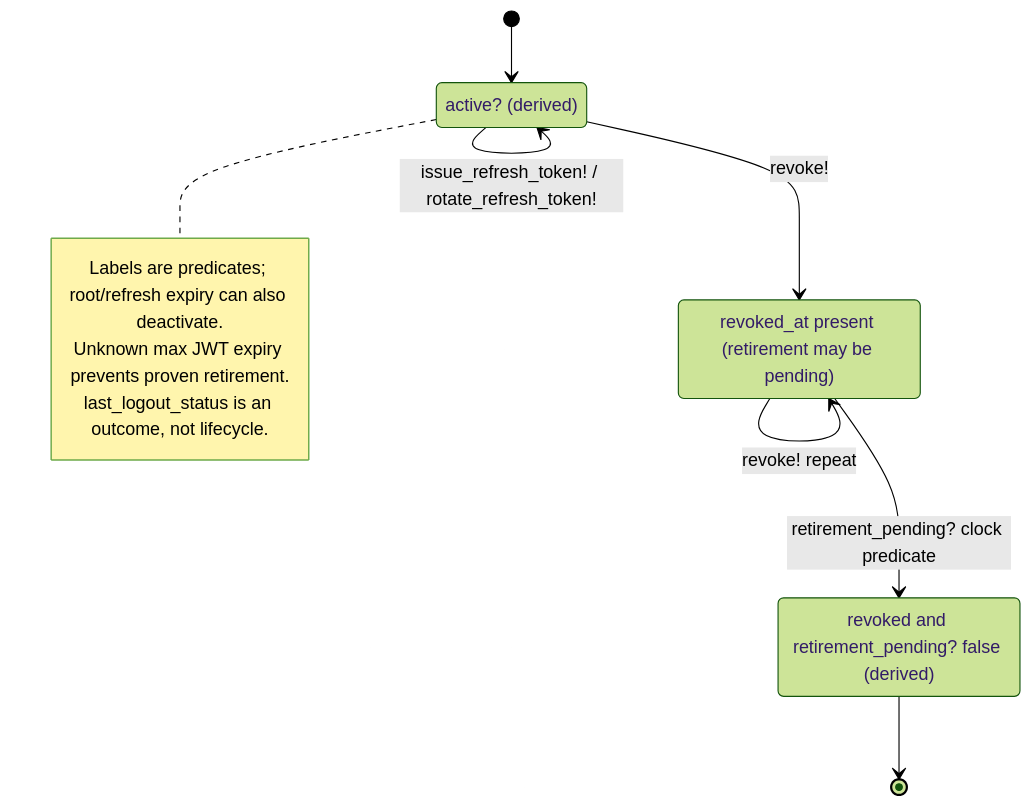
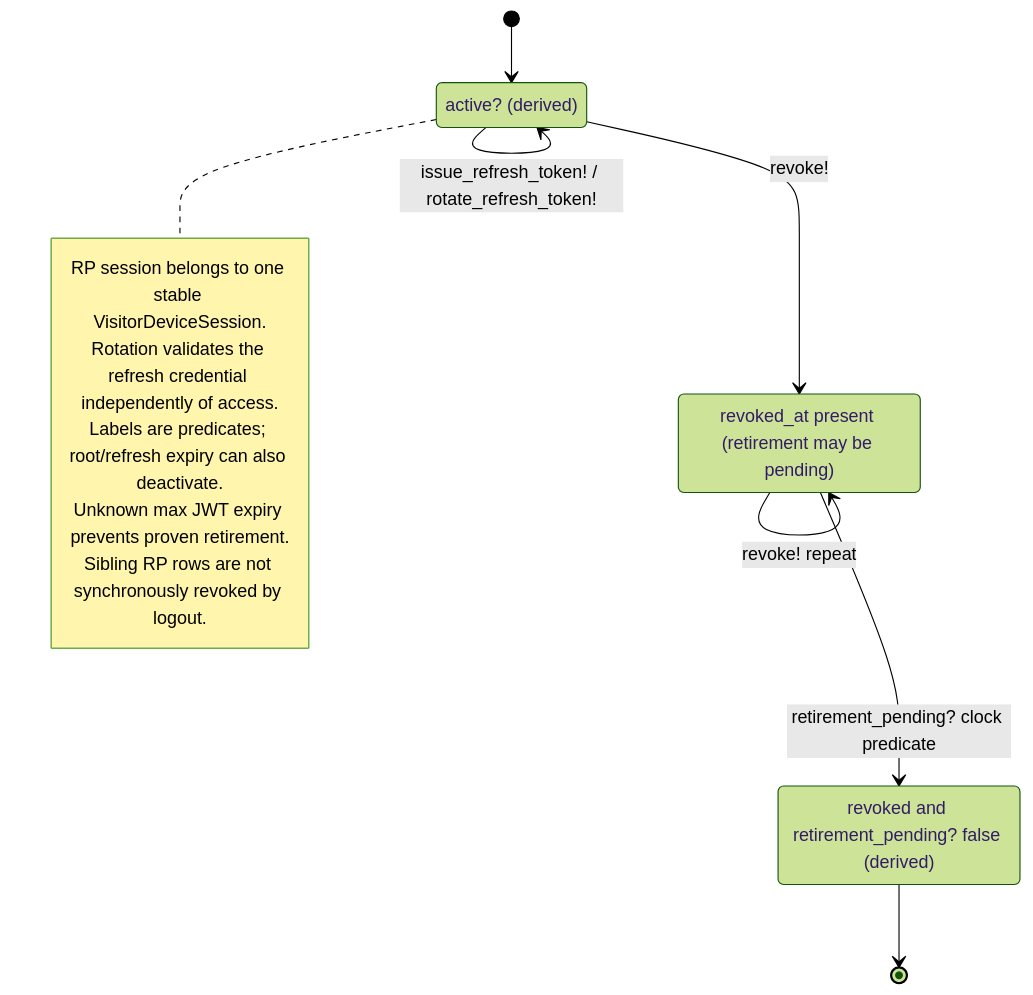
One commit to seahal/umaxica-apps-jit-global changed the diagram in docs/mermaid/idp-visitor-rp-session.mmd. Above: the diagram before and after it, drawn with Mermaid (forest theme). The commit also changed 750 other files, not shown here.

```diff
--- a/docs/mermaid/idp-visitor-rp-session.mmd
+++ b/docs/mermaid/idp-visitor-rp-session.mmd
@@ -1,16 +1,18 @@
 stateDiagram-v2
     %% CURRENT implementation; sources and guards in transition inventory.
     state "active? (derived)" as active
     state "revoked_at present (retirement may be pending)" as revoked
     state "revoked and retirement_pending? false (derived)" as retired
     [*] --> active
     active --> active: issue_refresh_token! / rotate_refresh_token!
     active --> revoked: revoke!
     revoked --> revoked: revoke! repeat
     revoked --> retired: retirement_pending? clock predicate
     retired --> [*]
     note right of active
+        RP session belongs to one stable VisitorDeviceSession.
+        Rotation validates the refresh credential independently of access.
         Labels are predicates; root/refresh expiry can also deactivate.
         Unknown max JWT expiry prevents proven retirement.
-        last_logout_status is an outcome, not lifecycle.
+        Sibling RP rows are not synchronously revoked by logout.
     end note
```
